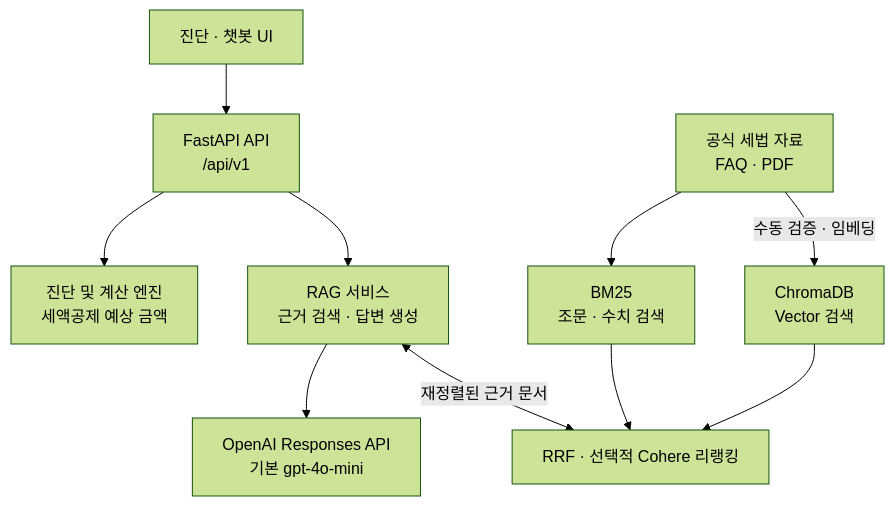
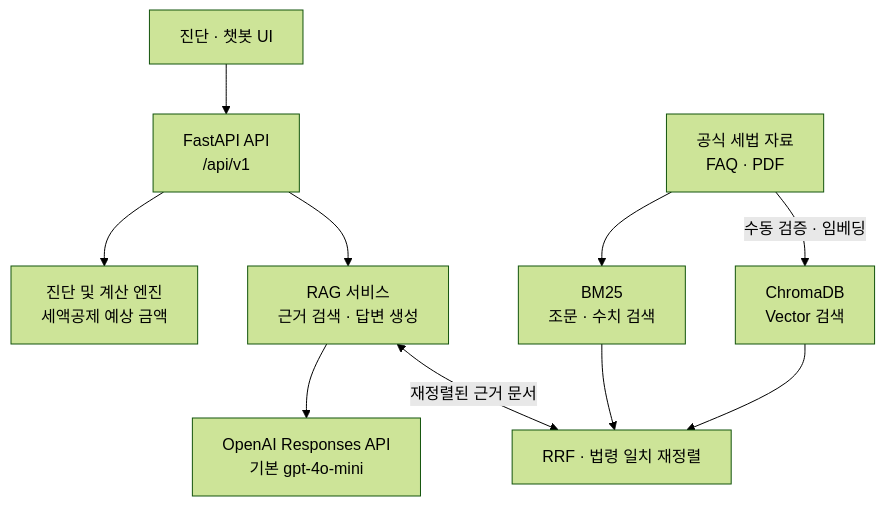
One commit to sijeong0927/pension-tax-assistant changed the second of 2 diagrams in README.md. Above: the diagram before and after it, drawn with Mermaid (forest theme). The commit also changed other lines of this file and 10 other files, not shown here.

````diff
--- a/README.md
+++ b/README.md
@@ -236,12 +236,12 @@
 ```mermaid
 flowchart TB
     UI["진단 · 챗봇 UI"] --> API["FastAPI API<br/>/api/v1"]
     API --> CALC["진단 및 계산 엔진<br/>세액공제 예상 금액"]
     API --> RAG["RAG 서비스<br/>근거 검색 · 답변 생성"]
     DATA["공식 세법 자료<br/>FAQ · PDF"] -->|"수동 검증 · 임베딩"| VECTOR["ChromaDB<br/>Vector 검색"]
     DATA --> BM25["BM25<br/>조문 · 수치 검색"]
-    VECTOR --> RERANK["RRF · 선택적 Cohere 리랭킹"]
+    VECTOR --> RERANK["RRF · 법령 일치 재정렬"]
     BM25 --> RERANK
     RAG <-->|"재정렬된 근거 문서"| RERANK
     RAG --> LLM["OpenAI Responses API<br/>기본 gpt-4o-mini"]
 ```
````
